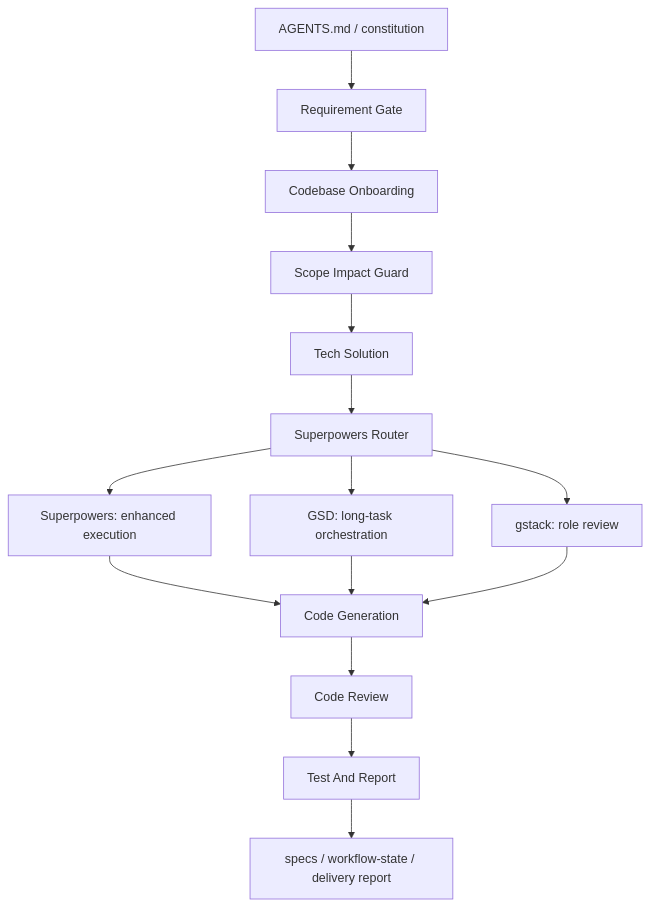
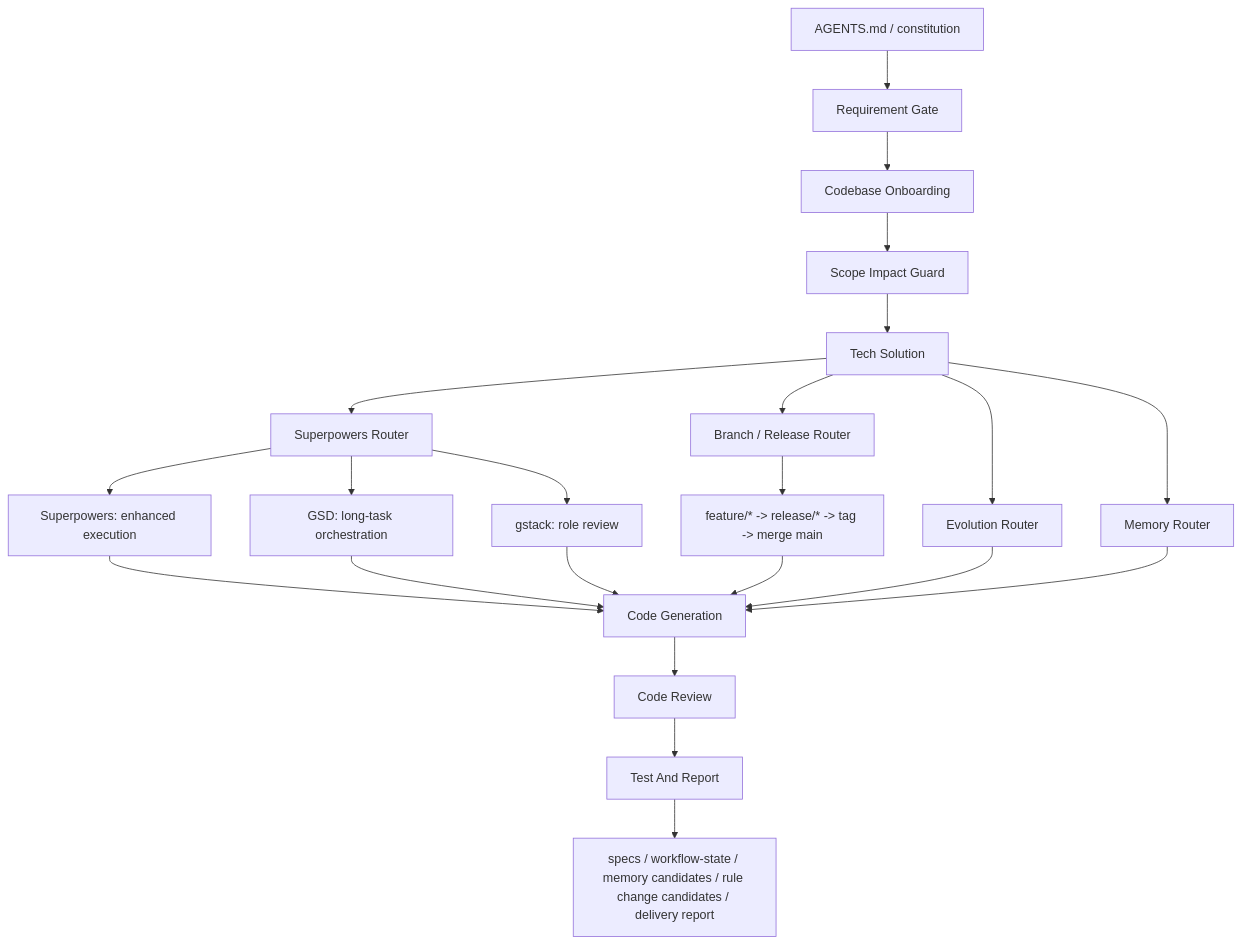
The diagram in project-engineering-workflow/assets/template-root/docs/AI协作架构.md (iizhan/workflow-skills), drawn with Mermaid before and after one commit. The commit also changed other lines of this file and 65 other files, not shown here.

Commit message:
feat: release project engineering workflow 0.3.0

````diff
--- a/project-engineering-workflow/assets/template-root/docs/AI协作架构.md
+++ b/project-engineering-workflow/assets/template-root/docs/AI协作架构.md
@@ -13,17 +17,24 @@
 ```mermaid
 flowchart TD
   A["AGENTS.md / constitution"] --> B["Requirement Gate"]
   B --> C["Codebase Onboarding"]
   C --> D["Scope Impact Guard"]
   D --> E["Tech Solution"]
   E --> F["Superpowers Router"]
+  E --> P["Branch / Release Router"]
+  E --> Q["Evolution Router"]
   F --> G["Superpowers: enhanced execution"]
   F --> H["GSD: long-task orchestration"]
   F --> I["gstack: role review"]
+  E --> R["Memory Router"]
+  P --> S["feature/* -> release/* -> tag -> merge main"]
   G --> J["Code Generation"]
   H --> J
   I --> J
+  S --> J
+  Q --> J
+  R --> J
   J --> K["Code Review"]
   K --> L["Test And Report"]
-  L --> M["specs / workflow-state / delivery report"]
+  L --> M["specs / workflow-state / memory candidates / rule change candidates / delivery report"]
 ```
````
